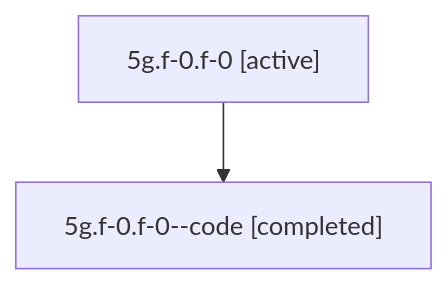
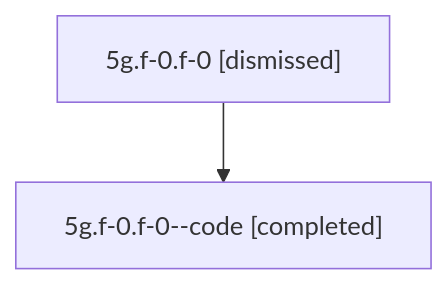
Before and after one commit to sase-org/sase--agents: the diagram in sessions/bbugyi200.athena.5g.f-0.f-0.md, drawn with Mermaid. The commit also changed other lines of this file and 42 other files, not shown here.

````diff
--- a/sessions/bbugyi200.athena.5g.f-0.f-0.md
+++ b/sessions/bbugyi200.athena.5g.f-0.f-0.md
@@ -9,6 +9,6 @@
 ```mermaid
 flowchart TD
-  n0["5g.f-0.f-0 [active]"]
+  n0["5g.f-0.f-0 [dismissed]"]
   n1["5g.f-0.f-0--code [completed]"]
   n0 --> n1
 ```
````
